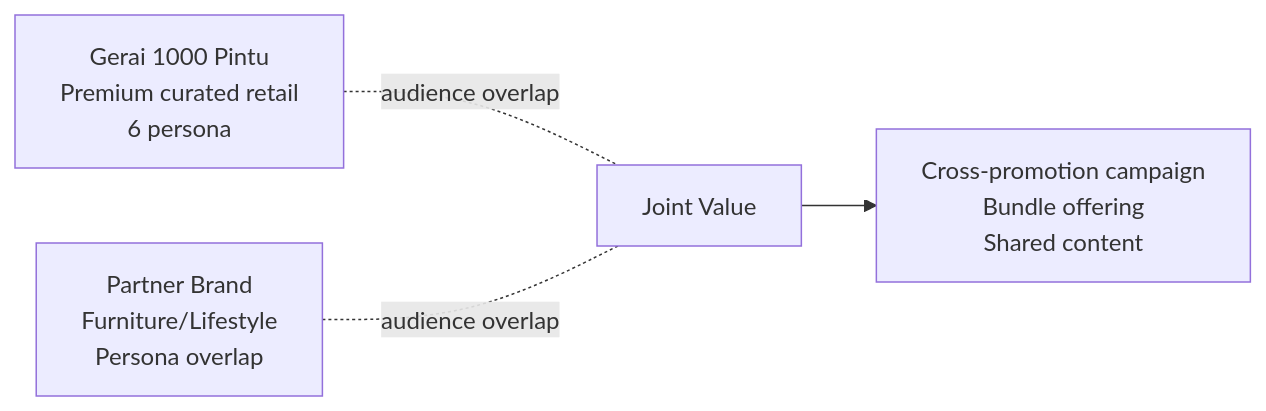
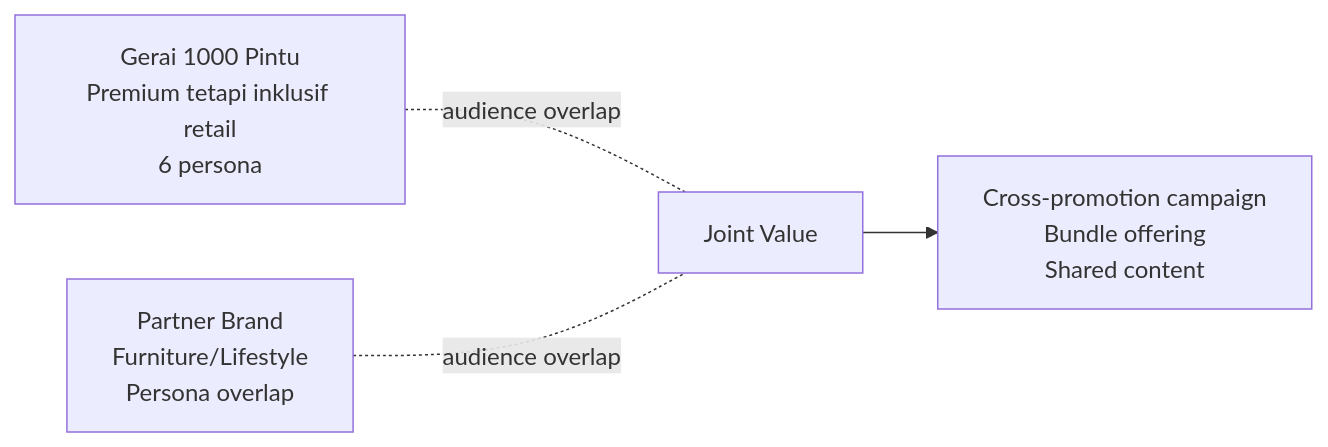
The diagram in librechat-deploy/skills/cmo/co-marketing.md (MahewAi/Mahew), drawn with Mermaid before and after one commit. The commit also changed other lines of this file and 80 other files, not shown here.

````diff
--- a/librechat-deploy/skills/cmo/co-marketing.md
+++ b/librechat-deploy/skills/cmo/co-marketing.md
@@ -94,6 +94,6 @@
 ```mermaid
 flowchart LR
-    A[Gerai 1000 Pintu<br/>Premium curated retail<br/>6 persona] -.audience overlap.- C[Joint Value]
+    A[Gerai 1000 Pintu<br/>Premium tetapi inklusif retail<br/>6 persona] -.audience overlap.- C[Joint Value]
     B[Partner Brand<br/>Furniture/Lifestyle<br/>Persona overlap] -.audience overlap.- C
     C --> D[Cross-promotion campaign<br/>Bundle offering<br/>Shared content]
 ```
````
